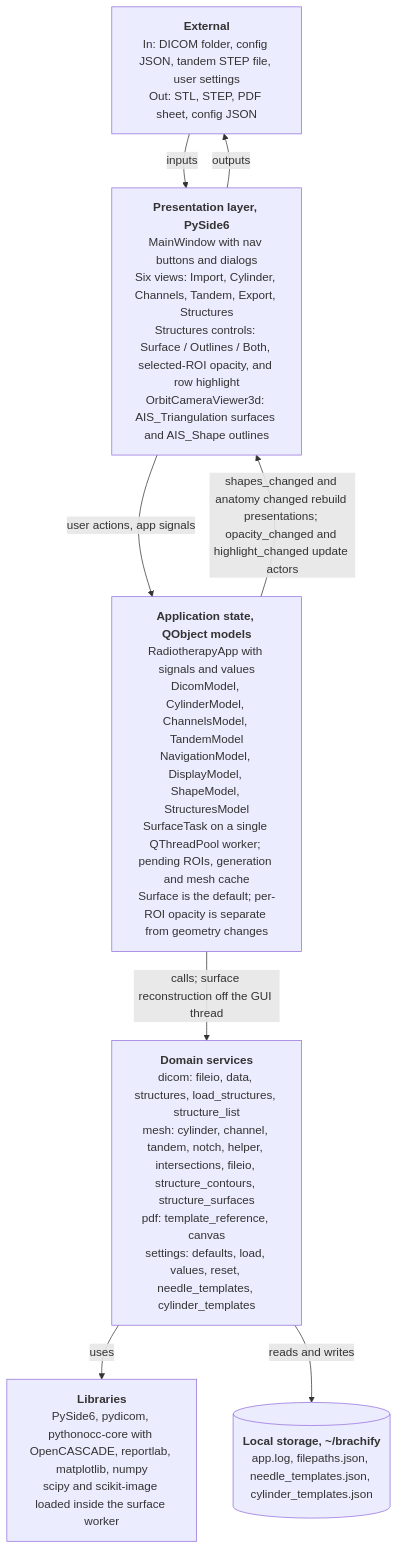
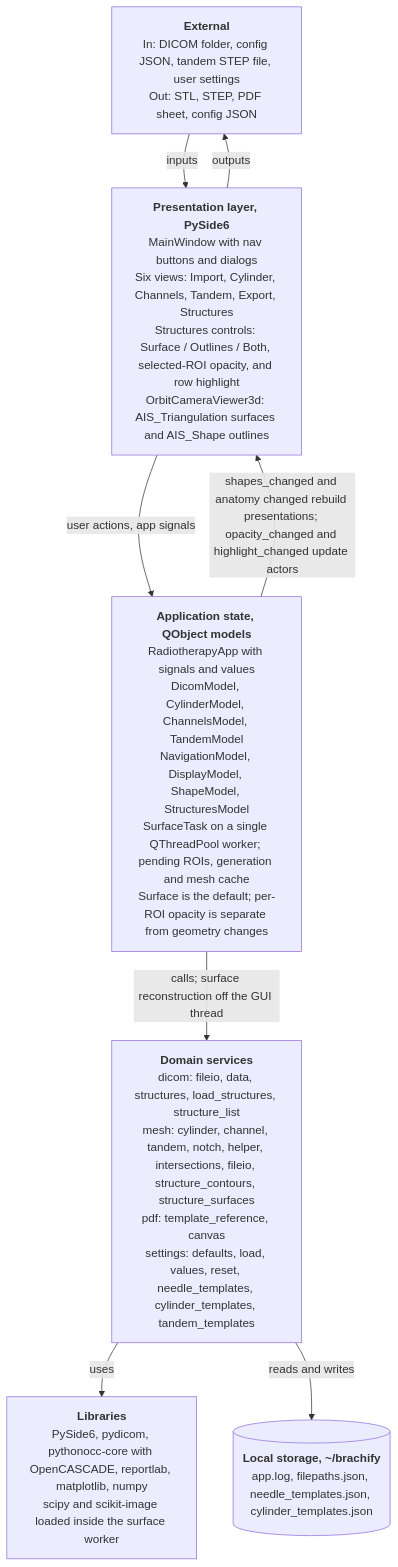
The diagram in docs/architecture/diagrams/system-architecture.mmd (COSC-499-W2026/capstone-project-team-10), drawn with Mermaid before and after one commit. The commit also changed 2 other files, not shown here.

Commit message:
docs: name tandem_templates in the system architecture

```diff
--- a/docs/architecture/diagrams/system-architecture.mmd
+++ b/docs/architecture/diagrams/system-architecture.mmd
@@ -1,17 +1,17 @@
 %% title: System architecture
 %% alt: System architecture of brachify, a layered desktop application with a presentation layer, application state, domain services, third party libraries and local storage
 flowchart TB
   ext["<b>External</b><br/>In: DICOM folder, config JSON, tandem STEP file, user settings<br/>Out: STL, STEP, PDF sheet, config JSON"]
   pres["<b>Presentation layer, PySide6</b><br/>MainWindow with nav buttons and dialogs<br/>Six views: Import, Cylinder, Channels, Tandem, Export, Structures<br/>Structures controls: Surface / Outlines / Both, selected-ROI opacity, and row highlight<br/>OrbitCameraViewer3d: AIS_Triangulation surfaces and AIS_Shape outlines"]
   state["<b>Application state, QObject models</b><br/>RadiotherapyApp with signals and values<br/>DicomModel, CylinderModel, ChannelsModel, TandemModel<br/>NavigationModel, DisplayModel, ShapeModel, StructuresModel<br/>SurfaceTask on a single QThreadPool worker; pending ROIs, generation and mesh cache<br/>Surface is the default; per-ROI opacity is separate from geometry changes"]
-  domain["<b>Domain services</b><br/>dicom: fileio, data, structures, load_structures, structure_list<br/>mesh: cylinder, channel, tandem, notch, helper, intersections, fileio, structure_contours, structure_surfaces<br/>pdf: template_reference, canvas<br/>settings: defaults, load, values, reset, needle_templates, cylinder_templates"]
+  domain["<b>Domain services</b><br/>dicom: fileio, data, structures, load_structures, structure_list<br/>mesh: cylinder, channel, tandem, notch, helper, intersections, fileio, structure_contours, structure_surfaces<br/>pdf: template_reference, canvas<br/>settings: defaults, load, values, reset, needle_templates, cylinder_templates, tandem_templates"]
   lib["<b>Libraries</b><br/>PySide6, pydicom, pythonocc-core with OpenCASCADE, reportlab, matplotlib, numpy<br/>scipy and scikit-image loaded inside the surface worker"]
   disk[("<b>Local storage, ~/brachify</b><br/>app.log, filepaths.json, needle_templates.json, cylinder_templates.json")]
 
   ext -->|"inputs"| pres
   pres -->|"outputs"| ext
   pres -->|"user actions, app signals"| state
   state -->|"shapes_changed and anatomy changed rebuild presentations; opacity_changed and highlight_changed update actors"| pres
   state -->|"calls; surface reconstruction off the GUI thread"| domain
   domain -->|"uses"| lib
   domain -->|"reads and writes"| disk
```
